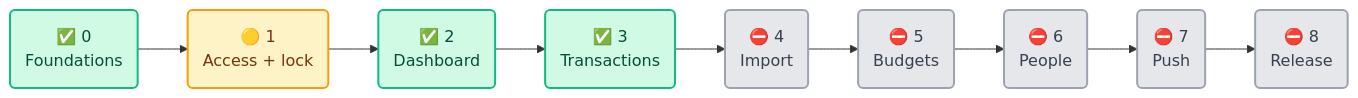
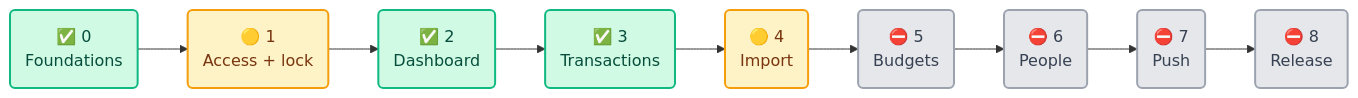
The first of 2 diagrams in Mobile App/docs/tasks.md (EasyLance/paisa), drawn with Mermaid before and after one commit. The commit also changed other lines of this file and 39 other files, not shown here.

````diff
--- a/Mobile App/docs/tasks.md
+++ b/Mobile App/docs/tasks.md
@@ -16,22 +16,22 @@
 ```mermaid
 flowchart LR
     P0("✅ 0<br/>Foundations")
     P1("🟡 1<br/>Access + lock")
     P2("✅ 2<br/>Dashboard")
     P3("✅ 3<br/>Transactions")
-    P4("⛔ 4<br/>Import")
+    P4("🟡 4<br/>Import")
     P5("⛔ 5<br/>Budgets")
     P6("⛔ 6<br/>People")
     P7("⛔ 7<br/>Push")
     P8("⛔ 8<br/>Release")
 
     P0 --> P1 --> P2 --> P3 --> P4 --> P5 --> P6 --> P7 --> P8
 
     classDef done fill:#d1fae5,stroke:#10b981,stroke-width:2px,color:#064e3b
     classDef part fill:#fef3c7,stroke:#f59e0b,stroke-width:2px,color:#78350f
     classDef todo fill:#e5e7eb,stroke:#9ca3af,stroke-width:2px,color:#374151
 
     class P0,P2,P3 done
-    class P1 part
-    class P4,P5,P6,P7,P8 todo
+    class P1,P4 part
+    class P5,P6,P7,P8 todo
 ```
````
